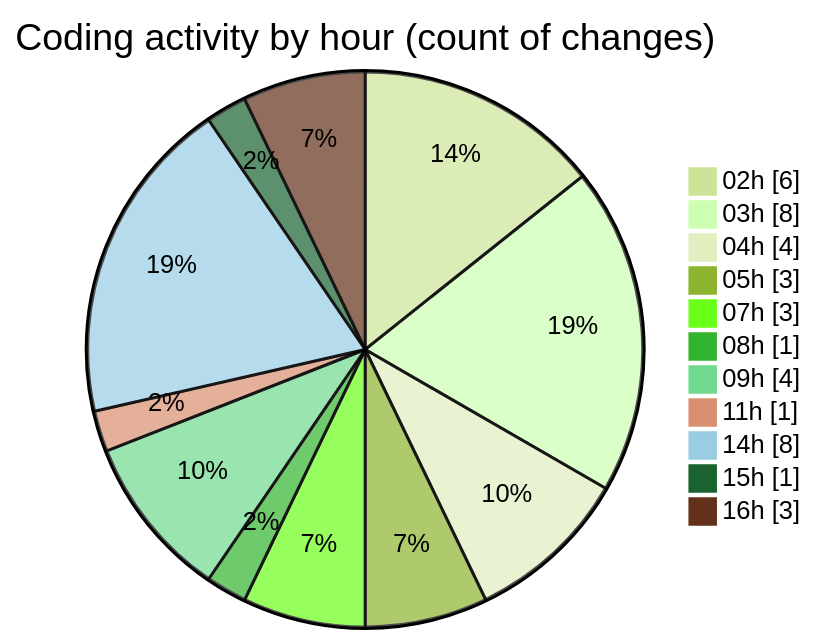
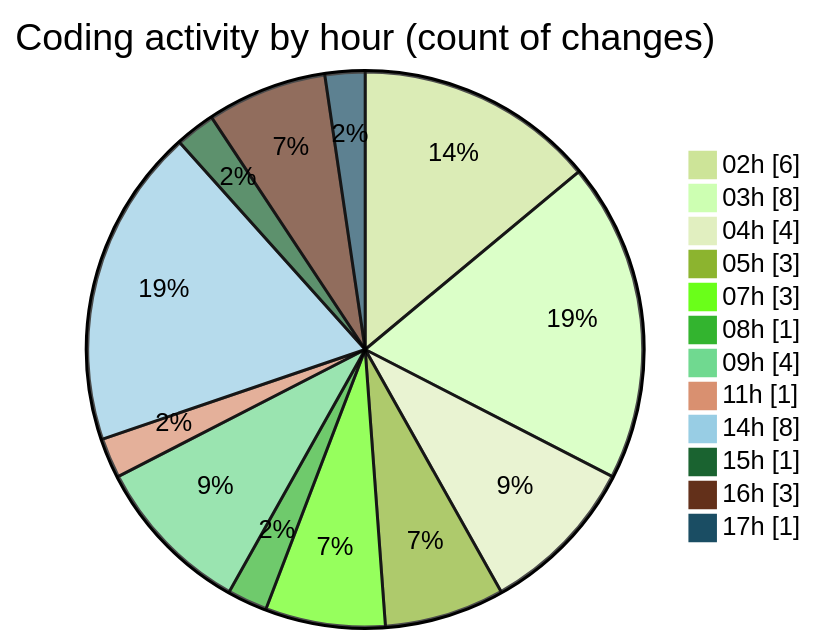
One commit to FelipKnott/code-tracking changed the second of 2 diagrams in 2025-07-03/cursor/README.md. Above: the diagram before and after it, drawn with Mermaid (forest theme). The commit also changed other lines of this file and 1 other file, not shown here.

````diff
--- a/2025-07-03/cursor/README.md
+++ b/2025-07-03/cursor/README.md
@@ -37,15 +37,16 @@
 ```mermaid
 pie showData
 title Coding activity by hour (count of changes)
 "02h" : 6
 "03h" : 8
 "04h" : 4
 "05h" : 3
 "07h" : 3
 "08h" : 1
 "09h" : 4
 "11h" : 1
 "14h" : 8
 "15h" : 1
 "16h" : 3
+"17h" : 1
 ```
````
